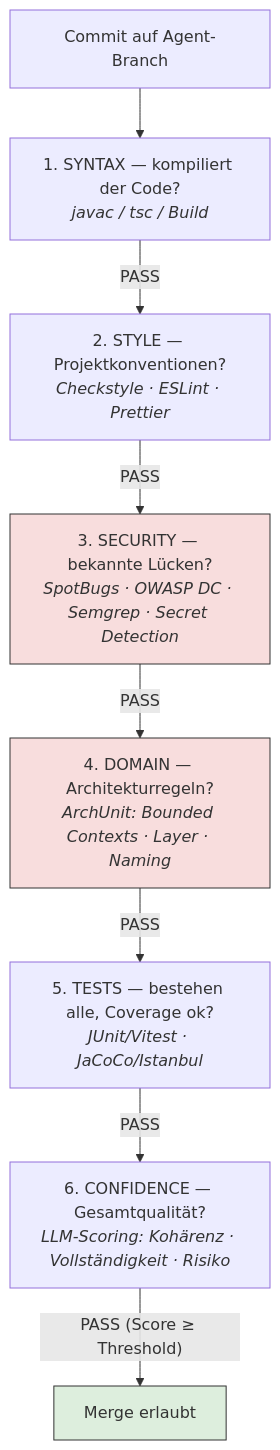
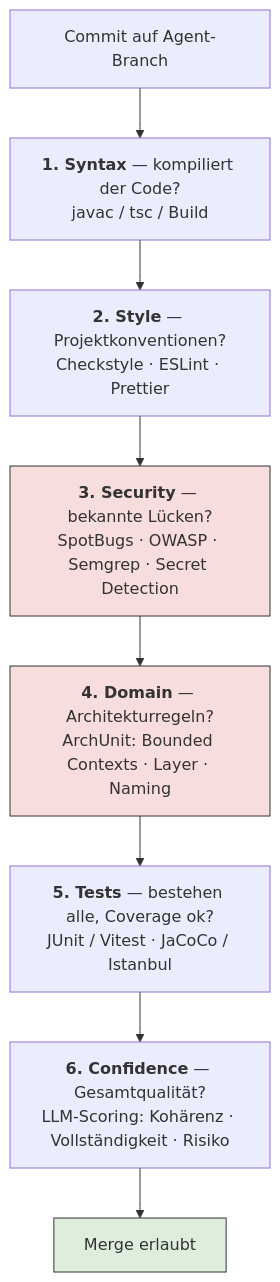
Before and after one commit to mjanda0815/agentic-publikation: the diagram in abbildungen/abb17.mmd, drawn with Mermaid. The commit also changed 53 other files, not shown here.

```diff
--- a/abbildungen/abb17.mmd
+++ b/abbildungen/abb17.mmd
@@ -1,14 +1,14 @@
 flowchart TB
     C["Commit auf Agent-Branch"]
-    S1["1. SYNTAX — kompiliert der Code?<br/><i>javac / tsc / Build</i>"]
-    S2["2. STYLE — Projektkonventionen?<br/><i>Checkstyle · ESLint · Prettier</i>"]
-    S3["3. SECURITY — bekannte Lücken?<br/><i>SpotBugs · OWASP DC · Semgrep · Secret Detection</i>"]
-    S4["4. DOMAIN — Architekturregeln?<br/><i>ArchUnit: Bounded Contexts · Layer · Naming</i>"]
-    S5["5. TESTS — bestehen alle, Coverage ok?<br/><i>JUnit/Vitest · JaCoCo/Istanbul</i>"]
-    S6["6. CONFIDENCE — Gesamtqualität?<br/><i>LLM-Scoring: Kohärenz · Vollständigkeit · Risiko</i>"]
+    S1["<b>1. Syntax</b> — kompiliert der Code?<br/>javac / tsc / Build"]
+    S2["<b>2. Style</b> — Projektkonventionen?<br/>Checkstyle · ESLint · Prettier"]
+    S3["<b>3. Security</b> — bekannte Lücken?<br/>SpotBugs · OWASP · Semgrep · Secret Detection"]
+    S4["<b>4. Domain</b> — Architekturregeln?<br/>ArchUnit: Bounded Contexts · Layer · Naming"]
+    S5["<b>5. Tests</b> — bestehen alle, Coverage ok?<br/>JUnit / Vitest · JaCoCo / Istanbul"]
+    S6["<b>6. Confidence</b> — Gesamtqualität?<br/>LLM-Scoring: Kohärenz · Vollständigkeit · Risiko"]
     OK["Merge erlaubt"]
-    C --> S1 -- "PASS" --> S2 -- "PASS" --> S3 -- "PASS" --> S4 -- "PASS" --> S5 -- "PASS" --> S6 -- "PASS (Score ≥ Threshold)" --> OK
+    C --> S1 --> S2 --> S3 --> S4 --> S5 --> S6 --> OK
     classDef sec fill:#f8dddd,stroke:#333333
     classDef ok fill:#ddeedd,stroke:#333333
     class S3,S4 sec
     class OK ok
```
